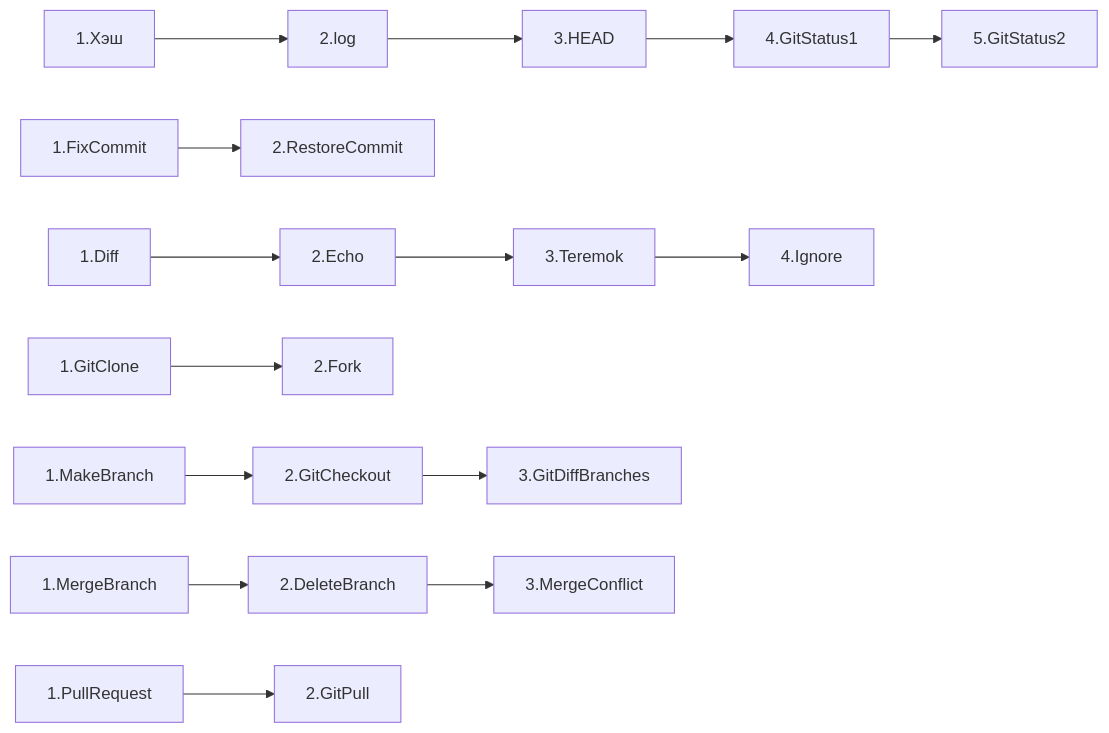
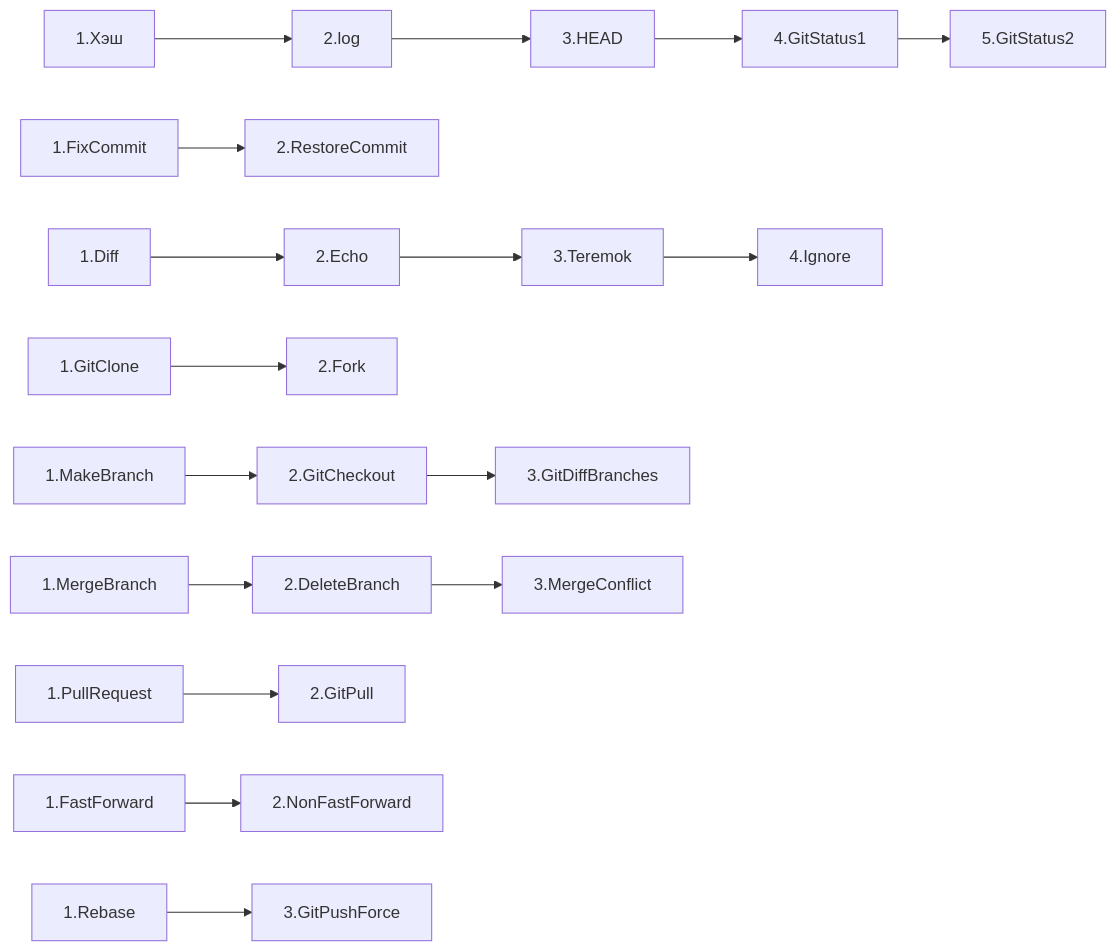
The first of 2 diagrams in README.md (StRavenwing/first-project), drawn with Mermaid before and after one commit. The commit also changed other lines of this file, not shown here.

````diff
--- a/README.md
+++ b/README.md
@@ -33,13 +35,15 @@
 ``` mermaid 
 graph LR;
 
 %% Пройденные уроки
 1.Хэш --> 2.log --> 3.HEAD --> 4.GitStatus1 --> 5.GitStatus2
 1.FixCommit --> 2.RestoreCommit
 1.Diff --> 2.Echo --> 3.Teremok --> 4.Ignore
 1.GitClone --> 2.Fork
 1.MakeBranch --> 2.GitCheckout --> 3.GitDiffBranches
 1.MergeBranch --> 2.DeleteBranch --> 3.MergeConflict
 1.PullRequest --> 2.GitPull
+1.FastForward --> 2.NonFastForward
+1.Rebase --> 3.GitPushForce
 
 ```
````
